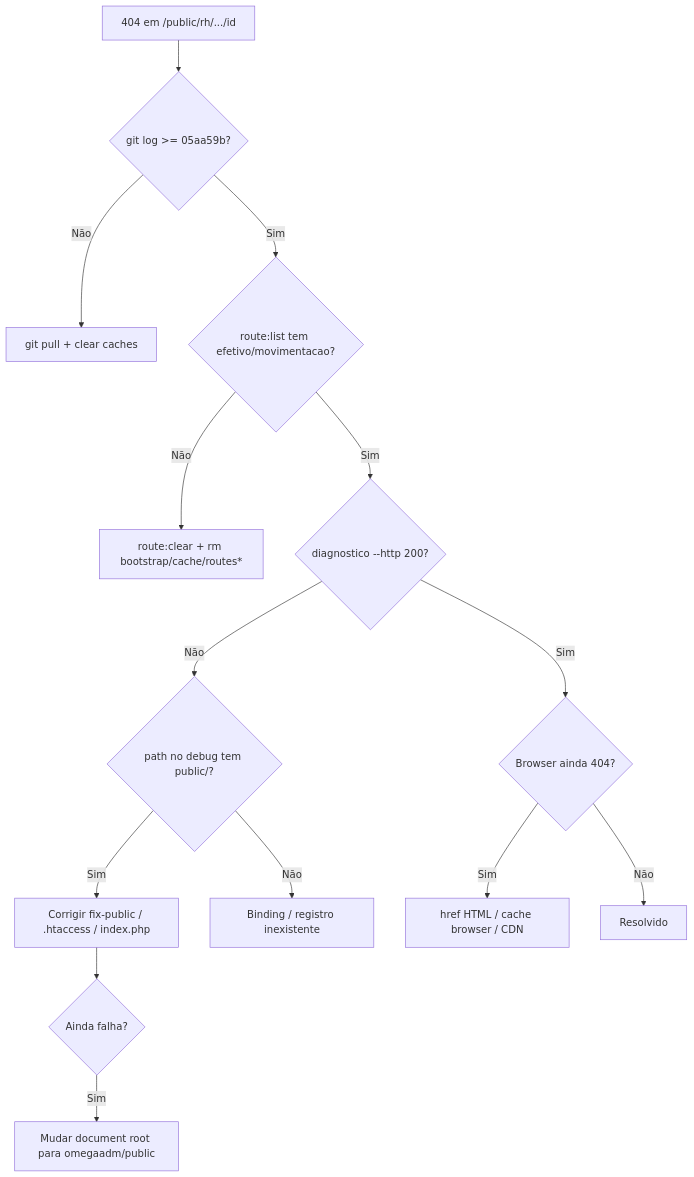
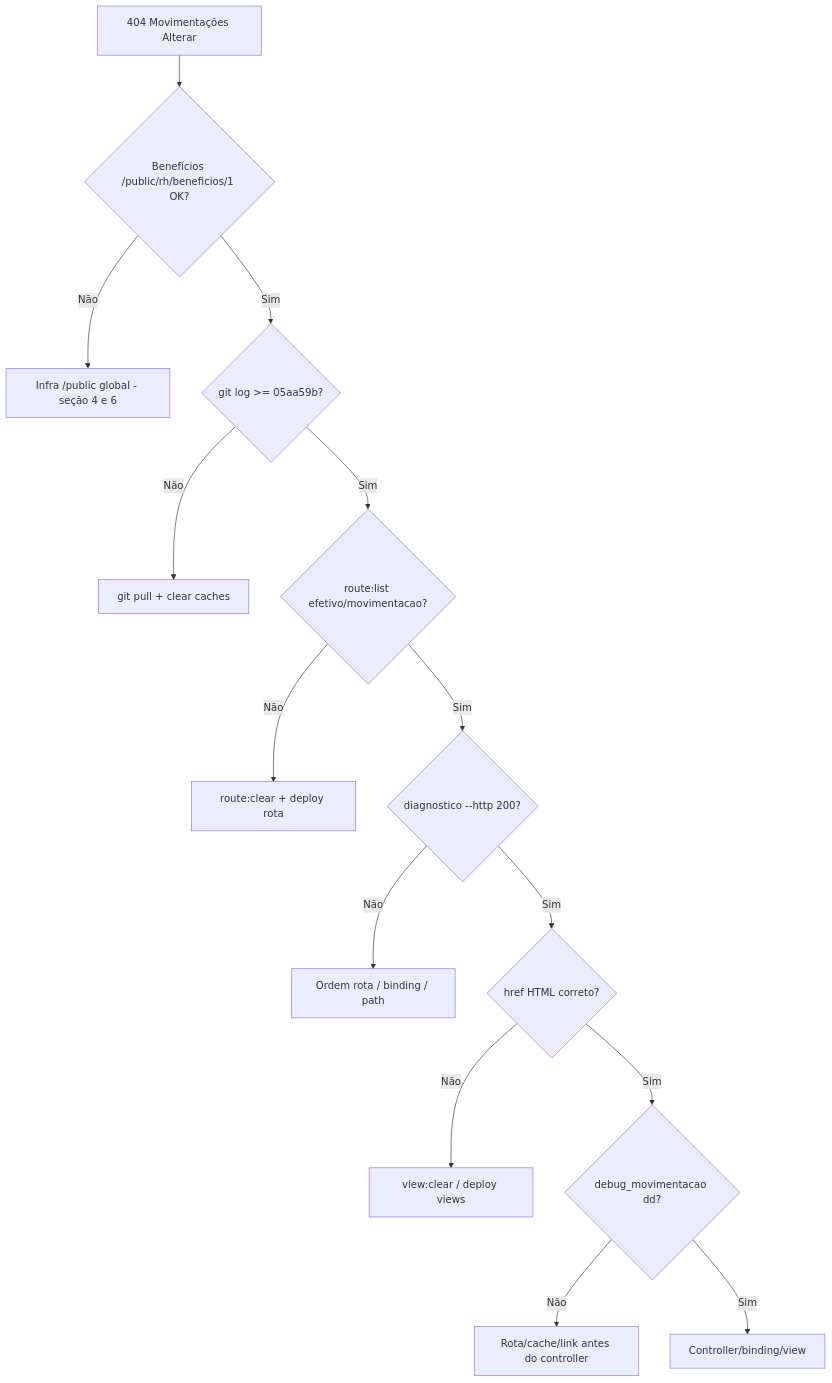
One commit to dancacarajas/omegaadm changed the diagram in docs/DEV_PRODUCAO_CAUSA_RAIZ_HOSTINGER.md. Above: the diagram before and after it, drawn with Mermaid. The commit also changed other lines of this file and 2 other files, not shown here.

First line of the commit message:
docs: Beneficios como referencia; cobranca focada em diff Movimentacoes

````diff
--- a/docs/DEV_PRODUCAO_CAUSA_RAIZ_HOSTINGER.md
+++ b/docs/DEV_PRODUCAO_CAUSA_RAIZ_HOSTINGER.md
@@ -274,16 +307,16 @@
 ```mermaid
 flowchart TD
-    A[404 em /public/rh/.../id] --> B{git log >= 05aa59b?}
-    B -->|Não| C[git pull + clear caches]
-    B -->|Sim| D{route:list tem efetivo/movimentacao?}
-    D -->|Não| E[route:clear + rm bootstrap/cache/routes*]
-    D -->|Sim| F{diagnostico --http 200?}
-    F -->|Não| G{path no debug tem public/?}
-    G -->|Sim| H[Corrigir fix-public / .htaccess / index.php]
-    G -->|Não| I[Binding / registro inexistente]
-    F -->|Sim| J{Browser ainda 404?}
-    J -->|Sim| K[href HTML / cache browser / CDN]
-    J -->|Não| L[Resolvido]
-    H --> M{Ainda falha?}
-    M -->|Sim| N[Mudar document root para omegaadm/public]
+    A[404 Movimentações Alterar] --> B{Benefícios /public/rh/beneficios/1 OK?}
+    B -->|Não| C[Infra /public global - seção 4 e 6]
+    B -->|Sim| D{git log >= 05aa59b?}
+    D -->|Não| E[git pull + clear caches]
+    D -->|Sim| F{route:list efetivo/movimentacao?}
+    F -->|Não| G[route:clear + deploy rota]
+    F -->|Sim| H{diagnostico --http 200?}
+    H -->|Não| I[Ordem rota / binding / path]
+    H -->|Sim| J{href HTML correto?}
+    J -->|Não| K[view:clear / deploy views]
+    J -->|Sim| L{debug_movimentacao dd?}
+    L -->|Não| M[Rota/cache/link antes do controller]
+    L -->|Sim| N[Controller/binding/view]
 ```
````
